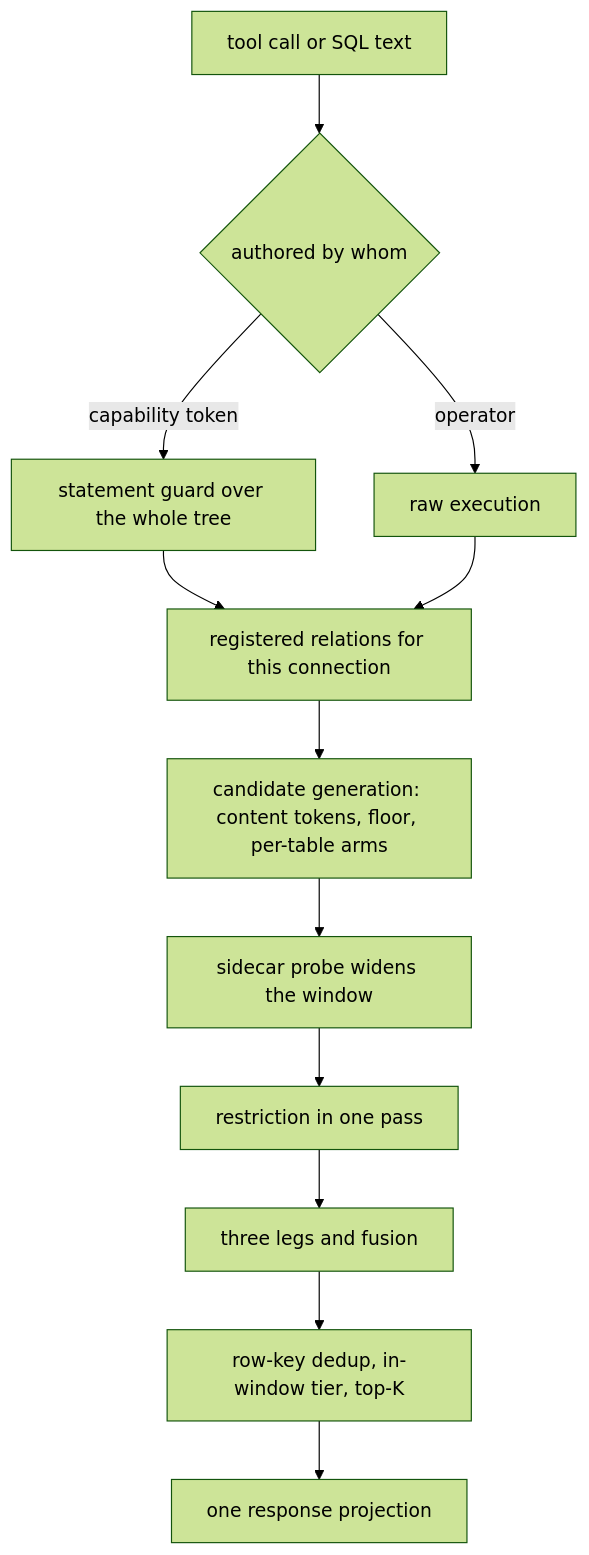
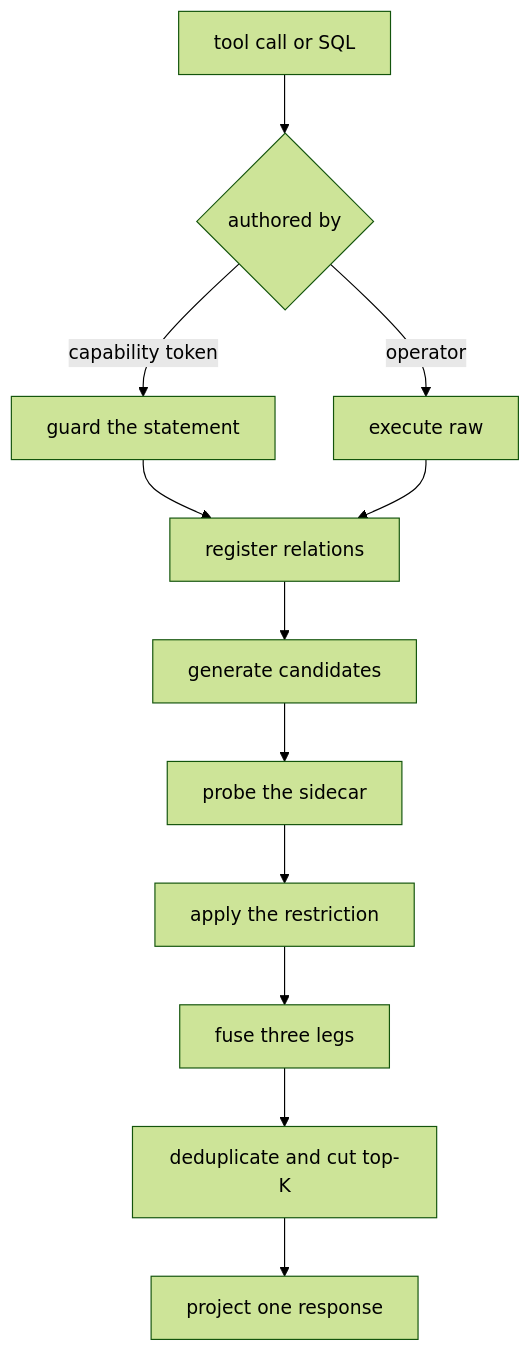
The fifth of 5 diagrams in spec/20-read.md (fractalboxdev/contextful), drawn with Mermaid (forest theme) before and after one commit. The commit also changed other lines of this file and 24 other files, not shown here.

First line of the commit message:
spec: every flowchart draws one entity or process per node

````diff
--- a/spec/20-read.md
+++ b/spec/20-read.md
@@ -385,14 +379,14 @@
 ```mermaid
 flowchart TD
-  A[tool call or SQL text] --> B{authored by whom}
-  B -- capability token --> C[statement guard over the whole tree]
-  B -- operator --> D[raw execution]
-  C --> F[registered relations for this connection]
+  A["tool call or SQL"] --> B{"authored by"}
+  B -- "capability token" --> C["guard the statement"]
+  B -- "operator" --> D["execute raw"]
+  C --> F["register relations"]
   D --> F
-  F --> G[candidate generation: content tokens, floor, per-table arms]
-  G --> H[sidecar probe widens the window]
-  H --> I[restriction in one pass]
-  I --> J[three legs and fusion]
-  J --> K[row-key dedup, in-window tier, top-K]
-  K --> L[one response projection]
+  F --> G["generate candidates"]
+  G --> H["probe the sidecar"]
+  H --> I["apply the restriction"]
+  I --> J["fuse three legs"]
+  J --> K["deduplicate and cut top-K"]
+  K --> L["project one response"]
 ```
````
